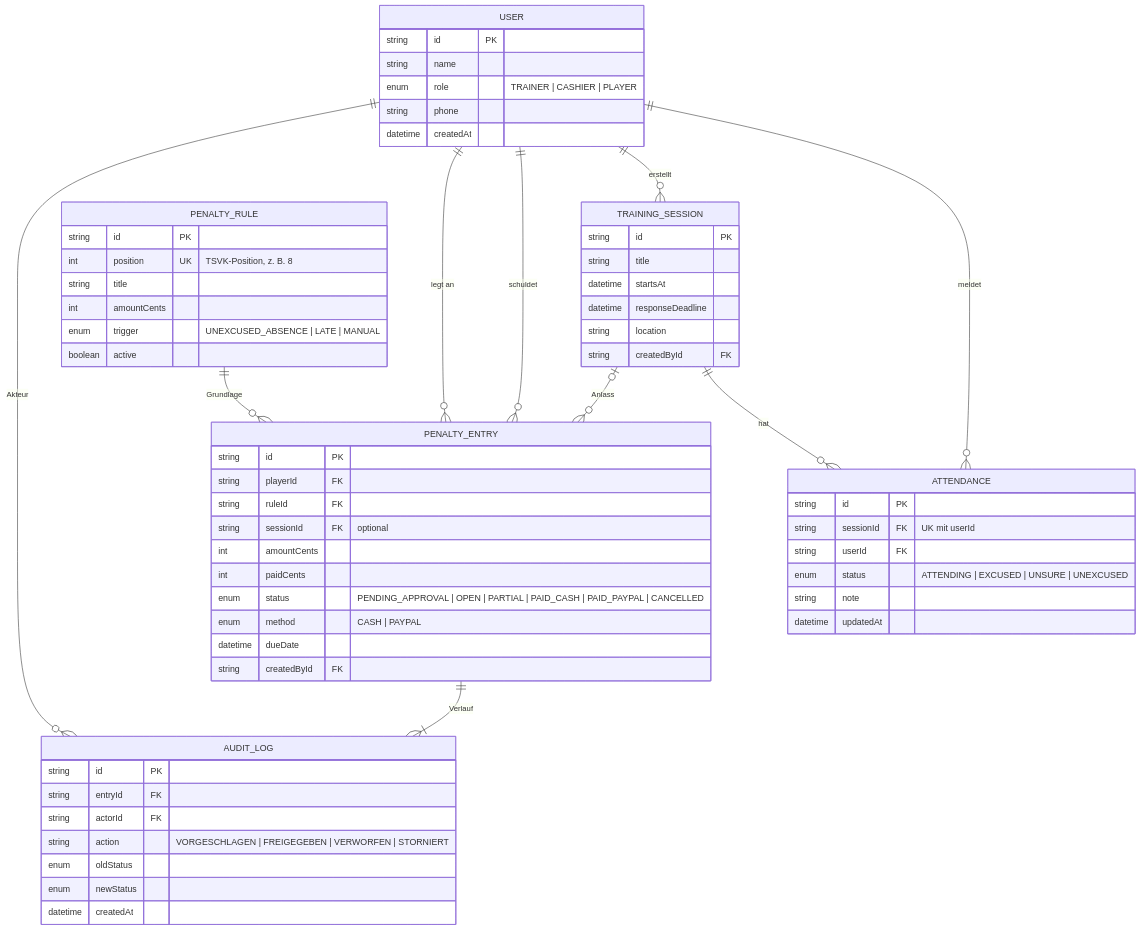
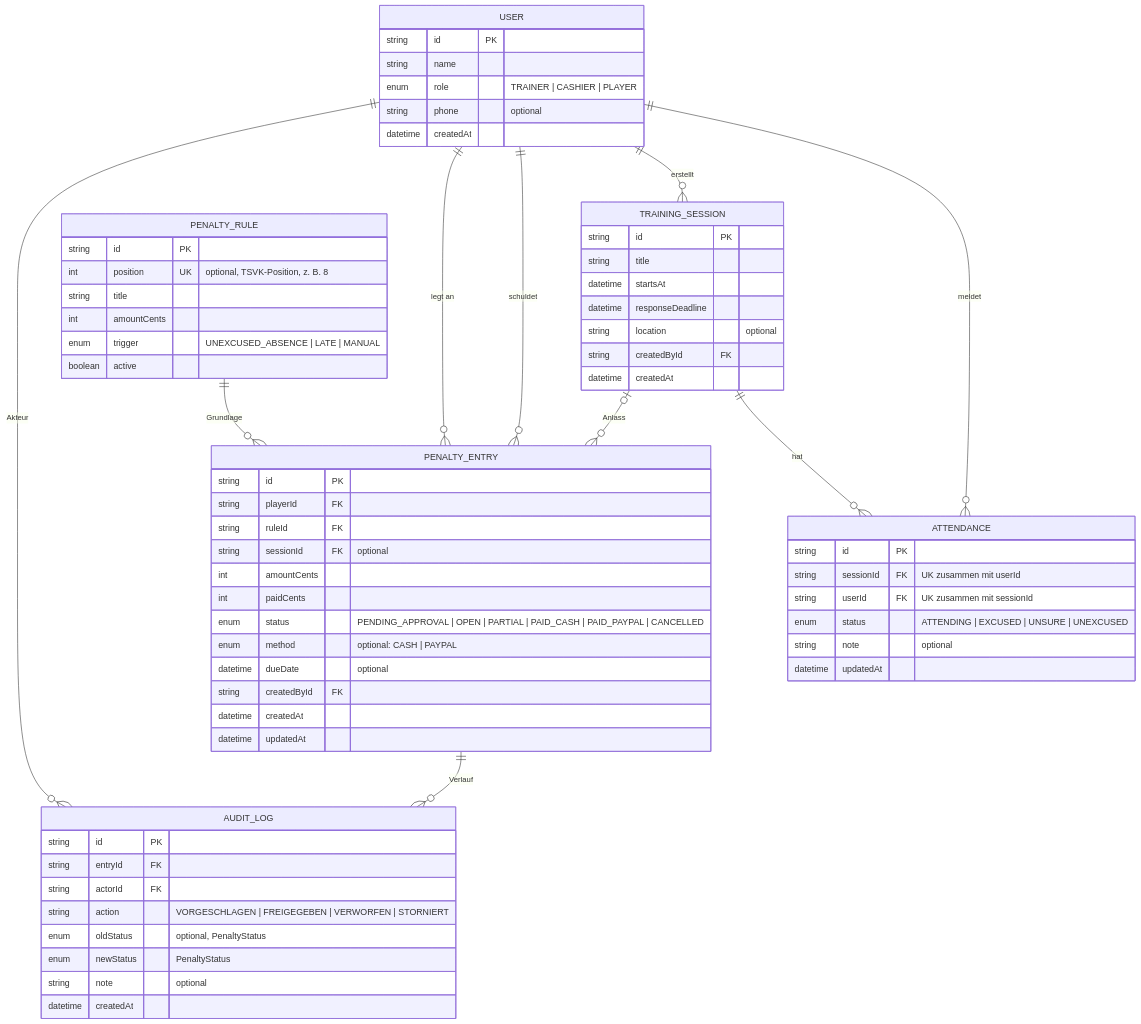
Before and after one commit to squadhq-team/squadhq-team: the diagram in docs/architektur/er-modell.md, drawn with Mermaid. The commit also changed other lines of this file and 5 other files, not shown here.

First line of the commit message:
P3-Diagramme an Schema und Code angleichen

````diff
--- a/docs/architektur/er-modell.md
+++ b/docs/architektur/er-modell.md
@@ -5,65 +5,69 @@
 ```mermaid
 erDiagram
   USER ||--o{ ATTENDANCE : "meldet"
   TRAINING_SESSION ||--o{ ATTENDANCE : "hat"
   USER ||--o{ TRAINING_SESSION : "erstellt"
   USER ||--o{ PENALTY_ENTRY : "schuldet"
   USER ||--o{ PENALTY_ENTRY : "legt an"
   PENALTY_RULE ||--o{ PENALTY_ENTRY : "Grundlage"
   TRAINING_SESSION |o--o{ PENALTY_ENTRY : "Anlass"
-  PENALTY_ENTRY ||--|{ AUDIT_LOG : "Verlauf"
+  PENALTY_ENTRY ||--o{ AUDIT_LOG : "Verlauf"
   USER ||--o{ AUDIT_LOG : "Akteur"
 
   USER {
     string id PK
     string name
     enum role "TRAINER | CASHIER | PLAYER"
-    string phone
+    string phone "optional"
     datetime createdAt
   }
   TRAINING_SESSION {
     string id PK
     string title
     datetime startsAt
     datetime responseDeadline
-    string location
+    string location "optional"
     string createdById FK
+    datetime createdAt
   }
   ATTENDANCE {
     string id PK
-    string sessionId FK "UK mit userId"
-    string userId FK
+    string sessionId FK "UK zusammen mit userId"
+    string userId FK "UK zusammen mit sessionId"
     enum status "ATTENDING | EXCUSED | UNSURE | UNEXCUSED"
-    string note
+    string note "optional"
     datetime updatedAt
   }
   PENALTY_RULE {
     string id PK
-    int position UK "TSVK-Position, z. B. 8"
+    int position UK "optional, TSVK-Position, z. B. 8"
     string title
     int amountCents
     enum trigger "UNEXCUSED_ABSENCE | LATE | MANUAL"
     boolean active
   }
   PENALTY_ENTRY {
     string id PK
     string playerId FK
     string ruleId FK
     string sessionId FK "optional"
     int amountCents
     int paidCents
     enum status "PENDING_APPROVAL | OPEN | PARTIAL | PAID_CASH | PAID_PAYPAL | CANCELLED"
-    enum method "CASH | PAYPAL"
-    datetime dueDate
+    enum method "optional: CASH | PAYPAL"
+    datetime dueDate "optional"
     string createdById FK
+    datetime createdAt
+    datetime updatedAt
   }
   AUDIT_LOG {
     string id PK
     string entryId FK
     string actorId FK
     string action "VORGESCHLAGEN | FREIGEGEBEN | VERWORFEN | STORNIERT"
-    enum oldStatus
-    enum newStatus
+    enum oldStatus "optional, PenaltyStatus"
+    enum newStatus "PenaltyStatus"
+    string note "optional"
     datetime createdAt
   }
 ```
````
